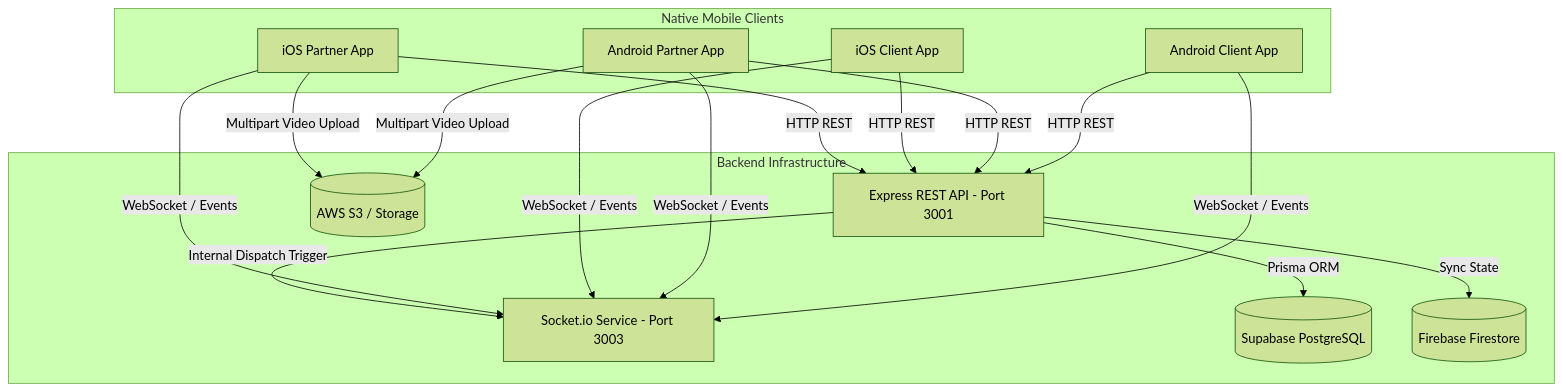
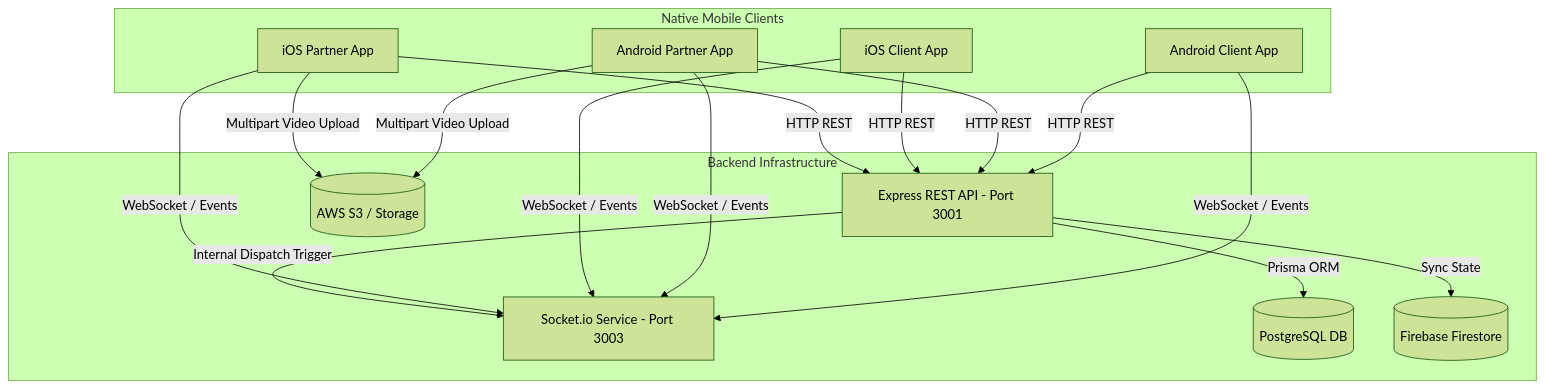
The diagram in docs/migration/DependencyGraph.md (orbit-quickcontent/Orbit.V2), drawn with Mermaid (forest theme) before and after one commit. The commit also changed 91 other files, not shown here.

````diff
--- a/docs/migration/DependencyGraph.md
+++ b/docs/migration/DependencyGraph.md
@@ -7,33 +7,33 @@
 ```mermaid
 graph TD
     subgraph Native Mobile Clients
         AC[Android Client App]
         AP[Android Partner App]
         IC[iOS Client App]
         IP[iOS Partner App]
     end
 
     subgraph Backend Infrastructure
         API[Express REST API - Port 3001]
         WS[Socket.io Service - Port 3003]
-        DB[(Supabase PostgreSQL)]
+        DB[(PostgreSQL DB)]
         FS[(Firebase Firestore)]
         S3[(AWS S3 / Storage)]
     end
 
     AC -->|HTTP REST| API
     AP -->|HTTP REST| API
     IC -->|HTTP REST| API
     IP -->|HTTP REST| API
 
     AC -->|WebSocket / Events| WS
     AP -->|WebSocket / Events| WS
     IC -->|WebSocket / Events| WS
     IP -->|WebSocket / Events| WS
 
     API -->|Prisma ORM| DB
     API -->|Sync State| FS
     API -->|Internal Dispatch Trigger| WS
     AP -->|Multipart Video Upload| S3
     IP -->|Multipart Video Upload| S3
 ```
````
